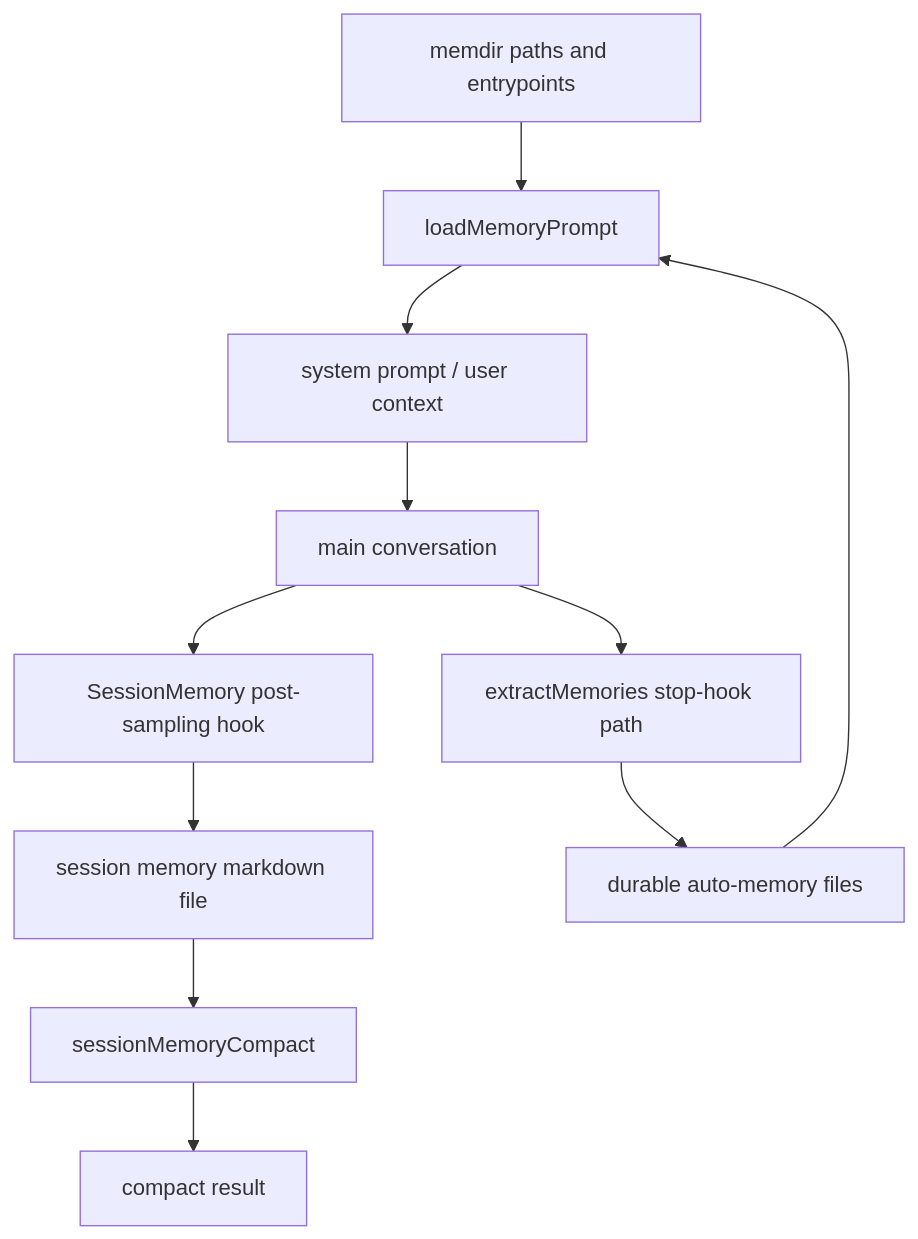
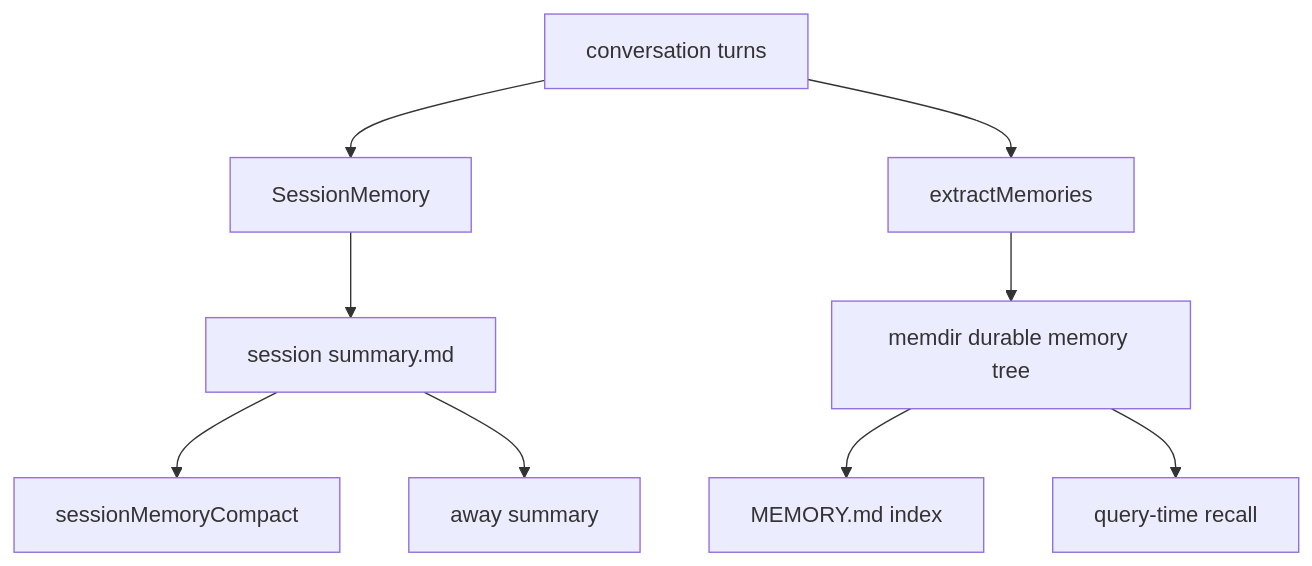
One commit to Boulea7/ClaudeCode-Source-DeepDive changed the first of 2 diagrams in MODULES/03-persistent-memory-system/DEEP/README.md. Above: the diagram before and after it, drawn with Mermaid. The commit also changed other lines of this file and 5 other files, not shown here.

````diff
--- a/MODULES/03-persistent-memory-system/DEEP/README.md
+++ b/MODULES/03-persistent-memory-system/DEEP/README.md
@@ -124,13 +192,13 @@
 ```mermaid
 flowchart TD
-    A[memdir paths and entrypoints] --> B[loadMemoryPrompt]
-    B --> C[system prompt / user context]
-    C --> D[main conversation]
-    D --> E[SessionMemory post-sampling hook]
-    E --> F[session memory markdown file]
-    D --> G[extractMemories stop-hook path]
-    G --> H[durable auto-memory files]
-    F --> I[sessionMemoryCompact]
-    I --> J[compact result]
-    H --> B
+    A[conversation turns] --> B[SessionMemory]
+    A --> C[extractMemories]
+
+    B --> D[session summary.md]
+    D --> E[sessionMemoryCompact]
+    D --> F[away summary]
+
+    C --> G[memdir durable memory tree]
+    G --> H[MEMORY.md index]
+    G --> I[query-time recall]
 ```
````
